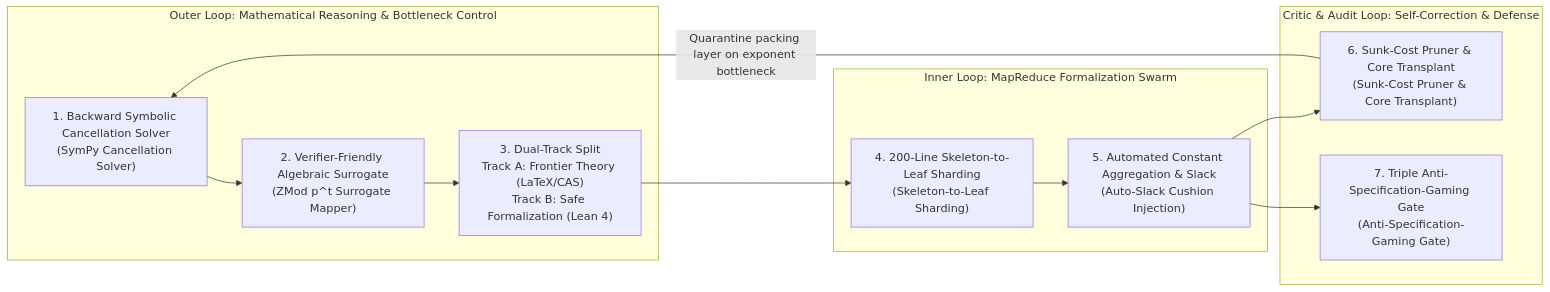
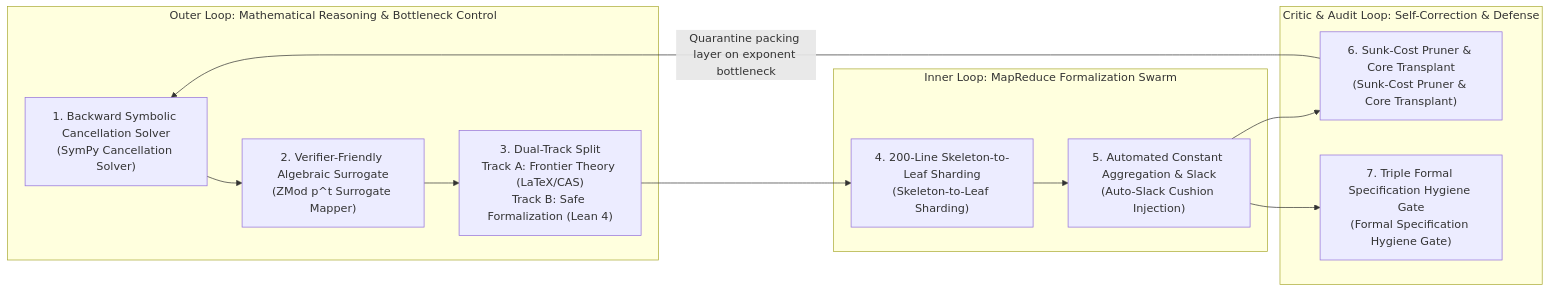
Before and after one commit to gilheumpark-bit/ultari-proof-anatomy: the diagram in anatomy/004-openai-378-eth-disproof/en/03_Expert_Complexity_and_Formal_Report.md, drawn with Mermaid. The commit also changed other lines of this file and 156 other files, not shown here.

````diff
--- a/anatomy/004-openai-378-eth-disproof/en/03_Expert_Complexity_and_Formal_Report.md
+++ b/anatomy/004-openai-378-eth-disproof/en/03_Expert_Complexity_and_Formal_Report.md
@@ -125,16 +145,16 @@
 ```mermaid
 flowchart LR
     subgraph Outer["Outer Loop: Mathematical Reasoning & Bottleneck Control"]
         A["1. Backward Symbolic Cancellation Solver\n(SymPy Cancellation Solver)"] --> B["2. Verifier-Friendly Algebraic Surrogate\n(ZMod p^t Surrogate Mapper)"]
         B --> C["3. Dual-Track Split\nTrack A: Frontier Theory (LaTeX/CAS)\nTrack B: Safe Formalization (Lean 4)"]
     end
     subgraph Inner["Inner Loop: MapReduce Formalization Swarm"]
         C --> D["4. 200-Line Skeleton-to-Leaf Sharding\n(Skeleton-to-Leaf Sharding)"]
         D --> E["5. Automated Constant Aggregation & Slack\n(Auto-Slack Cushion Injection)"]
     end
     subgraph Gate["Critic & Audit Loop: Self-Correction & Defense"]
         E --> F["6. Sunk-Cost Pruner & Core Transplant\n(Sunk-Cost Pruner & Core Transplant)"]
         F -->|Quarantine packing layer on exponent bottleneck| A
-        E --> G["7. Triple Anti-Specification-Gaming Gate\n(Anti-Specification-Gaming Gate)"]
+        E --> G["7. Triple Formal Specification Hygiene Gate\n(Formal Specification Hygiene Gate)"]
     end
 ```
````
